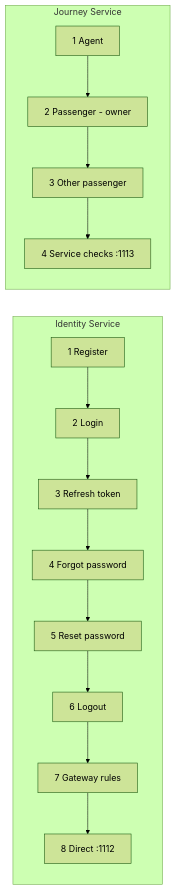
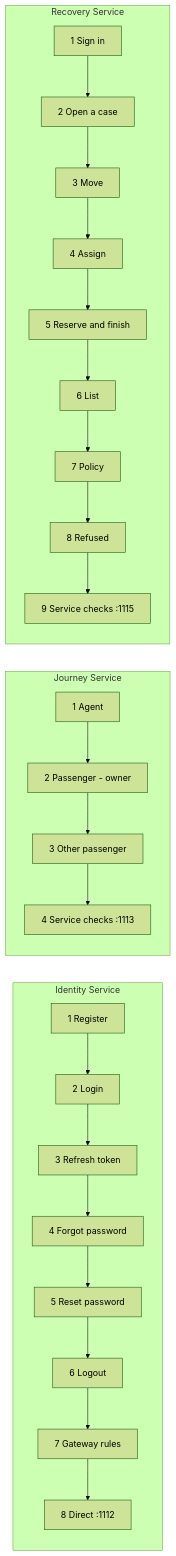
One commit to Rapter1990/aero-baggage-tracer changed the second of 2 diagrams in docs/apis/API.md. Above: the diagram before and after it, drawn with Mermaid (forest theme). The commit also changed other lines of this file and 8 other files, not shown here.

````diff
--- a/docs/apis/API.md
+++ b/docs/apis/API.md
@@ -102,9 +120,12 @@
 ```mermaid
 flowchart LR
     subgraph Identity Service
         I1[1 Register] --> I2[2 Login] --> I3[3 Refresh token] --> I4[4 Forgot password] --> I5[5 Reset password] --> I6[6 Logout] --> I7[7 Gateway rules] --> I8[8 Direct :1112]
     end
     subgraph Journey Service
         J1[1 Agent] --> J2[2 Passenger - owner] --> J3[3 Other passenger] --> J4[4 Service checks :1113]
     end
+    subgraph Recovery Service
+        R1[1 Sign in] --> R2[2 Open a case] --> R3[3 Move] --> R4[4 Assign] --> R5[5 Reserve and finish] --> R6[6 List] --> R7[7 Policy] --> R8[8 Refused] --> R9[9 Service checks :1115]
+    end
 ```
````
